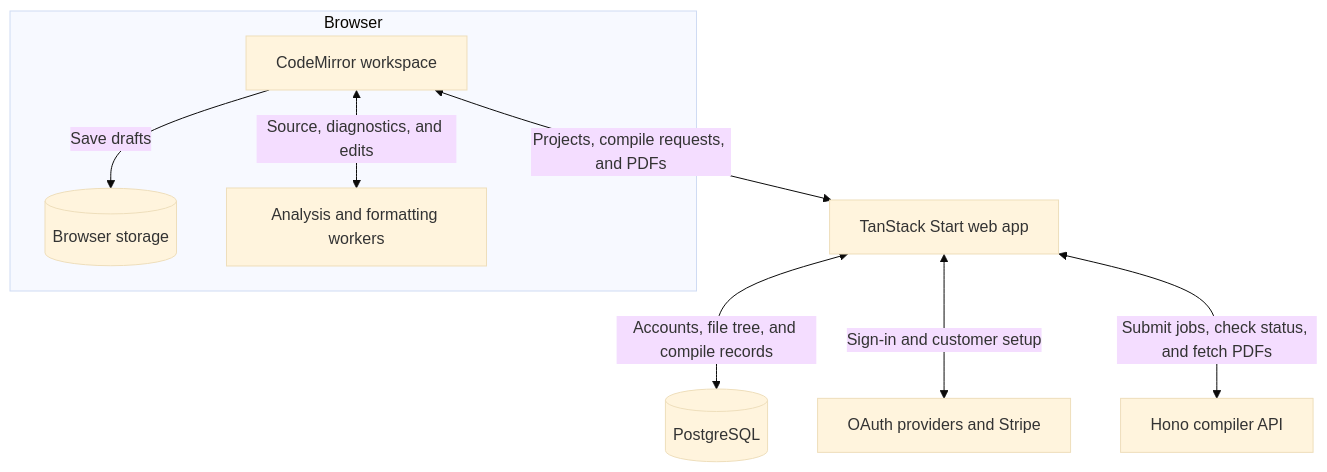
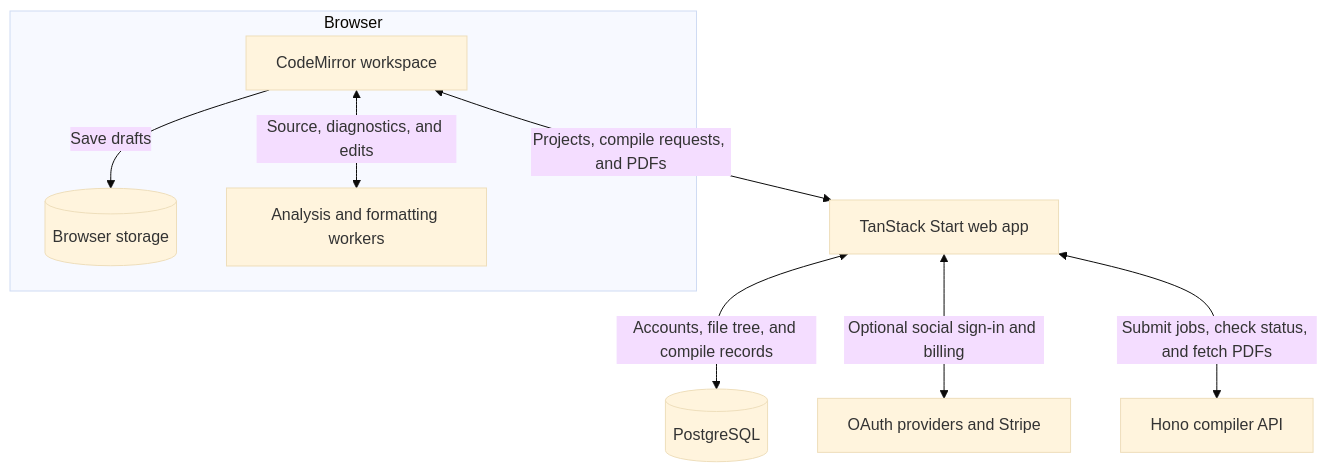
One commit to texfolia/texfolia changed the first of 2 diagrams in README.md. Above: the diagram before and after it, drawn with Mermaid (base theme). The commit also changed other lines of this file and 15 other files, not shown here.

````diff
--- a/README.md
+++ b/README.md
@@ -65,15 +85,15 @@
 ```mermaid
 flowchart TD
     subgraph Browser["Browser"]
         Editor["CodeMirror workspace"]
         Drafts[("Browser storage")]
         Workers["Analysis and formatting workers"]
         Editor -->|Save drafts| Drafts
         Editor <-->|Source, diagnostics, and edits| Workers
     end
 
     Editor <-->|Projects, compile requests, and PDFs| Web["TanStack Start web app"]
     Web <-->|Accounts, file tree, and compile records| DB[("PostgreSQL")]
-    Web <-->|Sign-in and customer setup| Services["OAuth providers and Stripe"]
+    Web <-->|Optional social sign-in and billing| Services["OAuth providers and Stripe"]
     Web <-->|Submit jobs, check status, and fetch PDFs| Compiler["Hono compiler API"]
 ```
````
